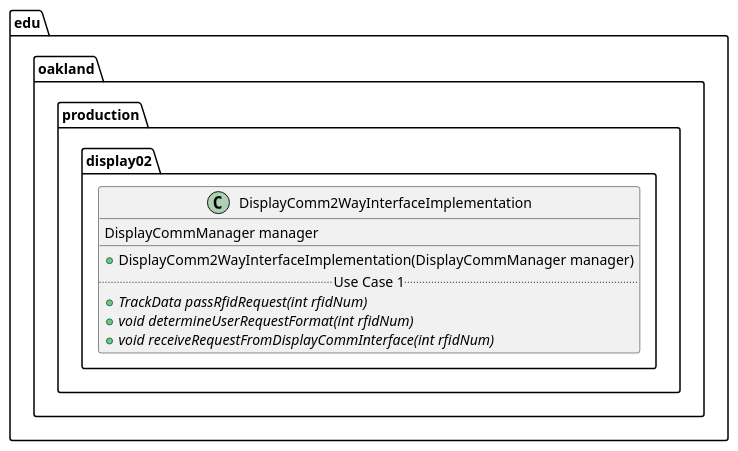
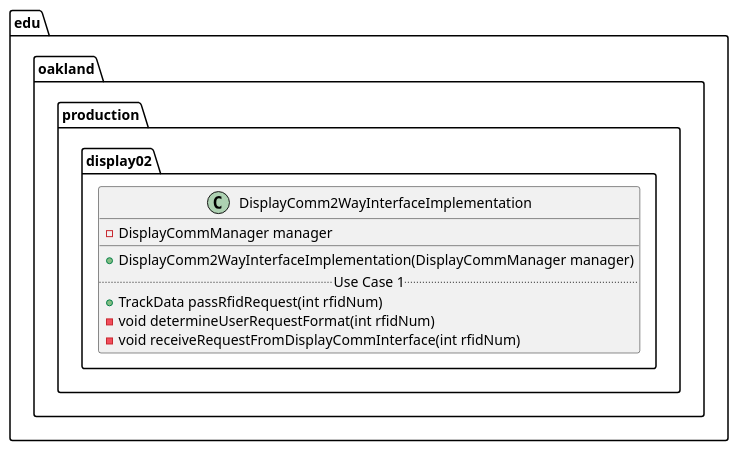
Before and after one commit to andrewdimmer/csi-3370-software-project: the diagram in docs/uml-class-diagrams/display02/production/DisplayComm2WayInterfaceImplementation/DisplayComm2WayInterfaceImplementation.puml, drawn with PlantUML.

```diff
--- a/docs/uml-class-diagrams/display02/production/DisplayComm2WayInterfaceImplementation/DisplayComm2WayInterfaceImplementation.puml
+++ b/docs/uml-class-diagrams/display02/production/DisplayComm2WayInterfaceImplementation/DisplayComm2WayInterfaceImplementation.puml
@@ -1,15 +1,15 @@
 @startuml DisplayComm2WayInterfaceImplementation
 
 package edu.oakland.production.display02 {
     class DisplayComm2WayInterfaceImplementation {
-        DisplayCommManager manager
+        - DisplayCommManager manager
         __
         + DisplayComm2WayInterfaceImplementation(DisplayCommManager manager)
         .. Use Case 1 ..
-        {abstract} + TrackData passRfidRequest(int rfidNum)
-        {abstract} + void determineUserRequestFormat(int rfidNum)
-        {abstract} + void receiveRequestFromDisplayCommInterface(int rfidNum)
+        + TrackData passRfidRequest(int rfidNum)
+        - void determineUserRequestFormat(int rfidNum)
+        - void receiveRequestFromDisplayCommInterface(int rfidNum)
     }
 }
 
 @enduml
```
